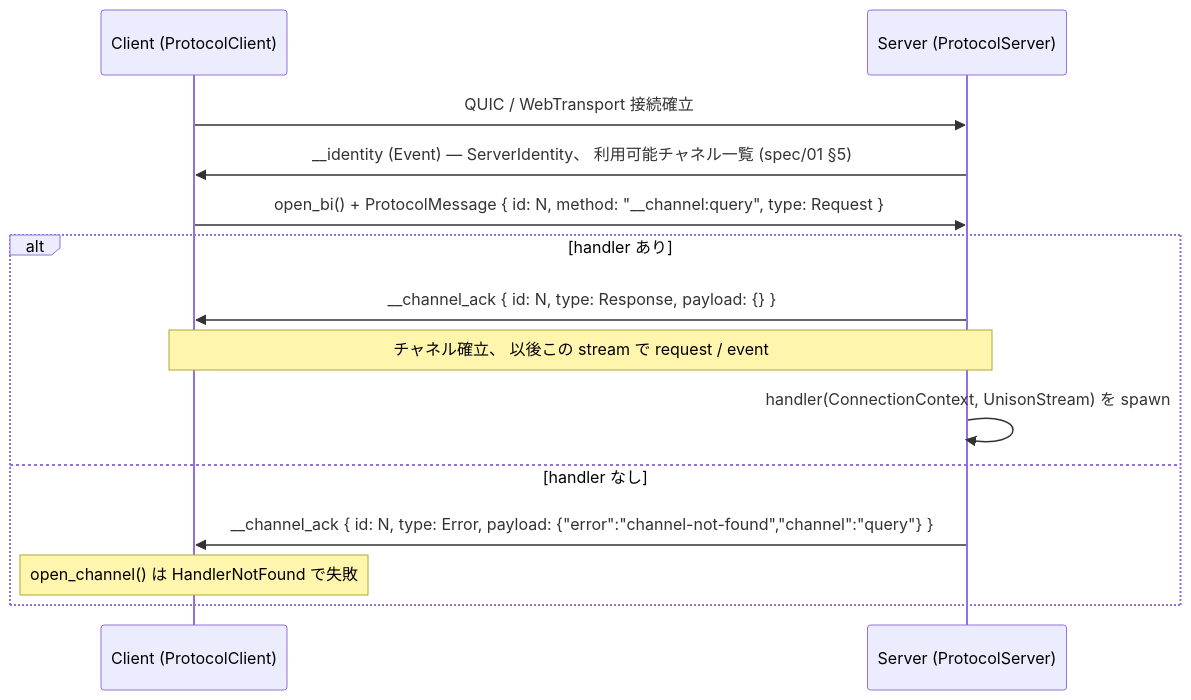
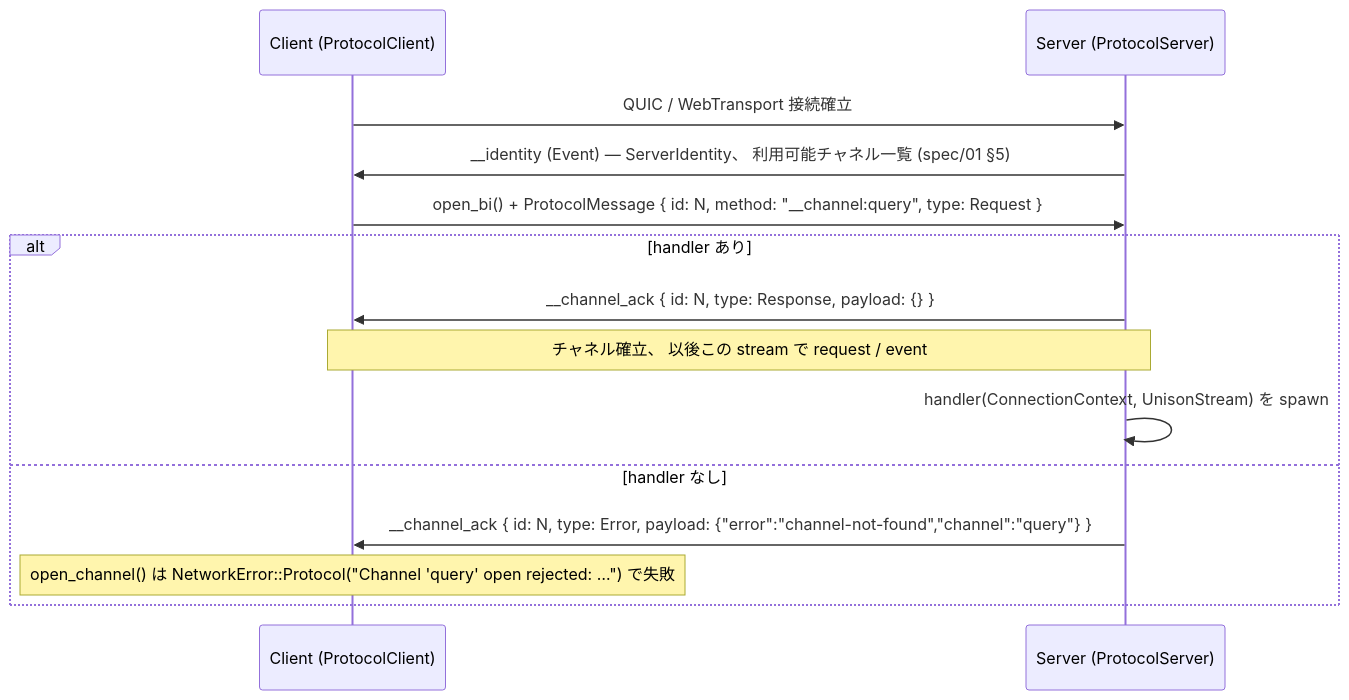
Before and after one commit to chronista-club/club-unison: the third of 6 diagrams in spec/02-unified-channel/SPEC.md, drawn with Mermaid. The commit also changed other lines of this file and 24 other files, not shown here.

````diff
--- a/spec/02-unified-channel/SPEC.md
+++ b/spec/02-unified-channel/SPEC.md
@@ -339,18 +341,18 @@
 ```mermaid
 sequenceDiagram
     participant C as Client (ProtocolClient)
     participant S as Server (ProtocolServer)
 
     C->>S: QUIC / WebTransport 接続確立
     S->>C: __identity (Event) — ServerIdentity、 利用可能チャネル一覧 (spec/01 §5)
 
     C->>S: open_bi() + ProtocolMessage { id: N, method: "__channel:query", type: Request }
     alt handler あり
         S->>C: __channel_ack { id: N, type: Response, payload: {} }
         Note over C,S: チャネル確立、 以後この stream で request / event
         S->>S: handler(ConnectionContext, UnisonStream) を spawn
     else handler なし
         S->>C: __channel_ack { id: N, type: Error, payload: {"error":"channel-not-found","channel":"query"} }
-        Note over C: open_channel() は HandlerNotFound で失敗
+        Note over C: open_channel() は NetworkError::Protocol("Channel 'query' open rejected: …") で失敗
     end
 ```
````
